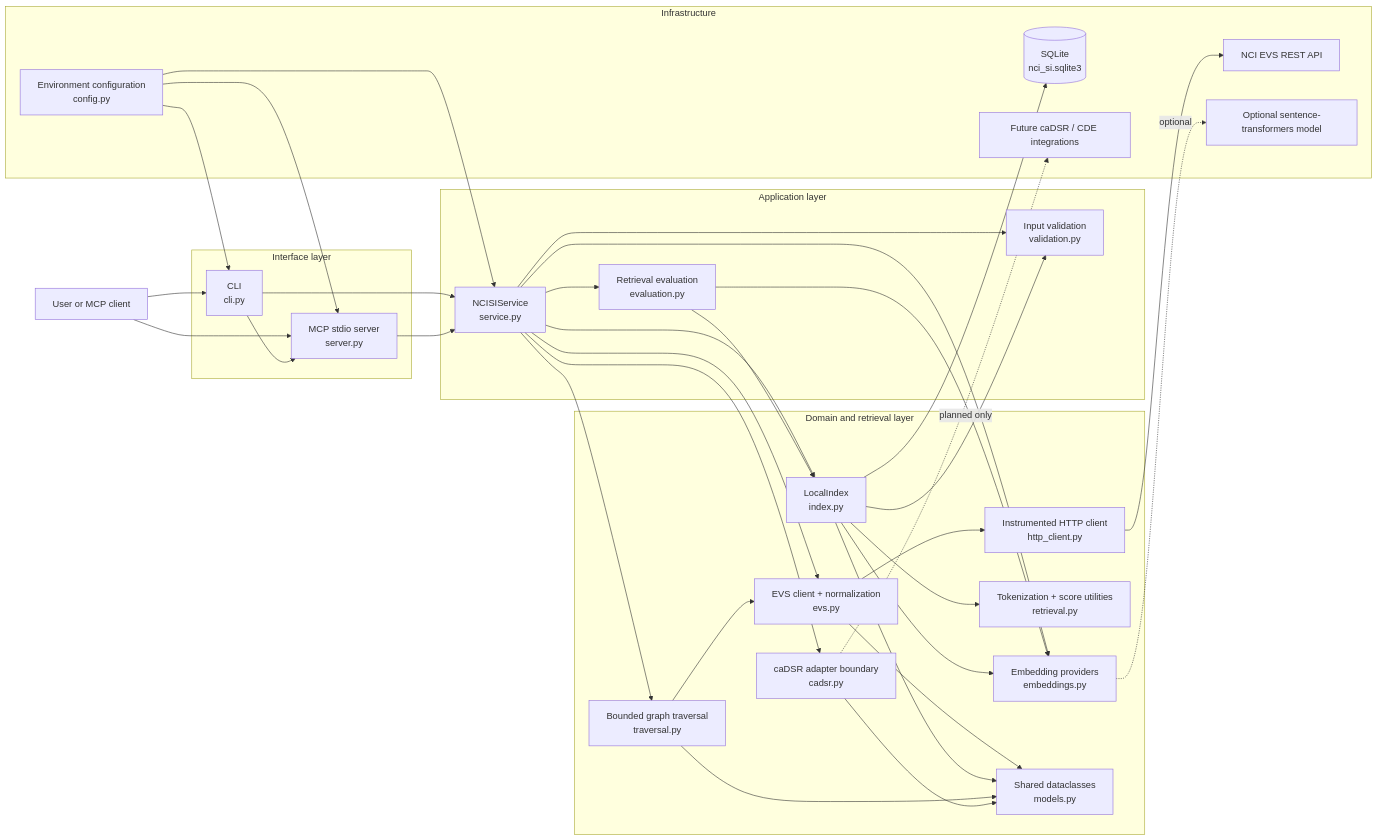
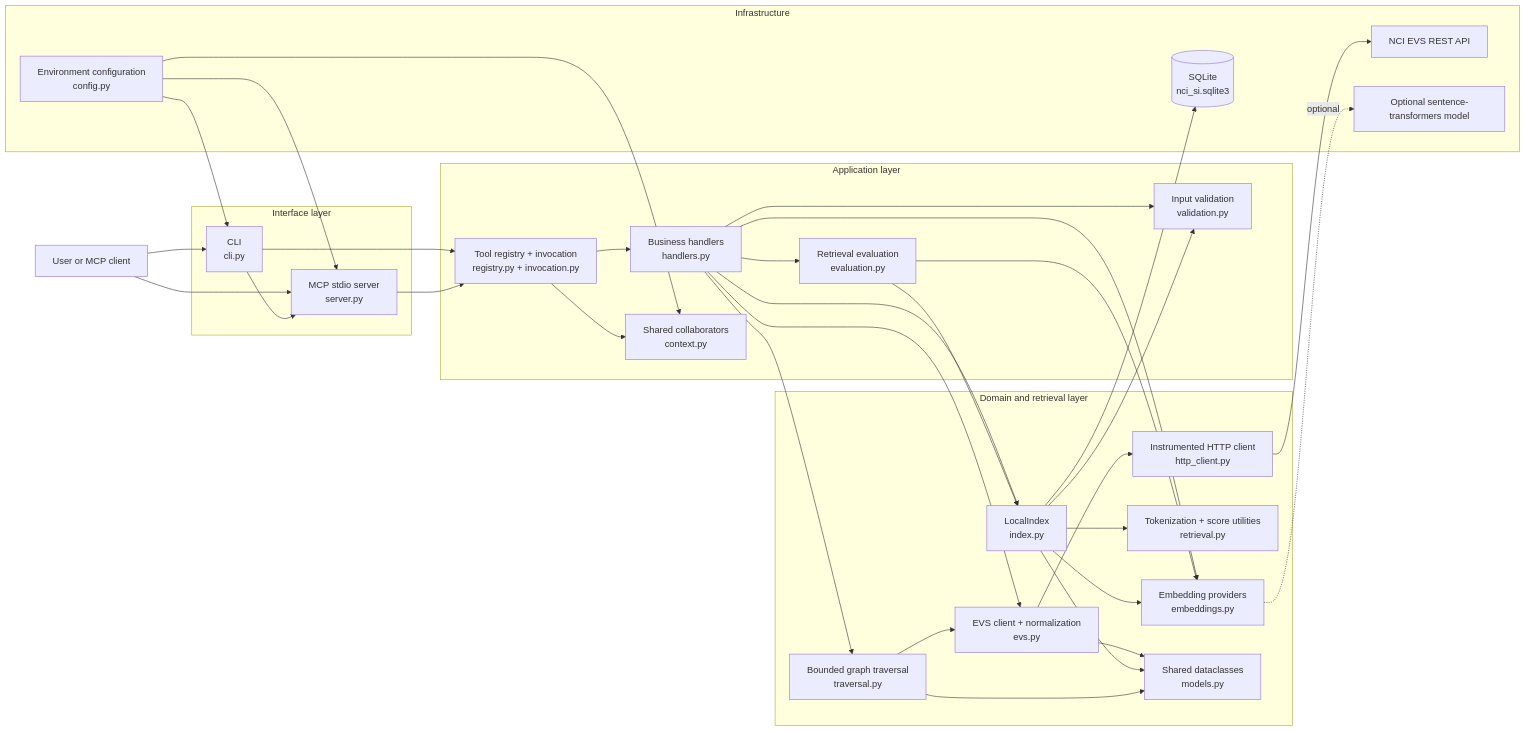
One commit to CBIIT/nci-si-mcp changed the first of 2 diagrams in ARCHITECTURE.md. Above: the diagram before and after it, drawn with Mermaid. The commit also changed other lines of this file and 68 other files, not shown here.

Commit message:
feat(evs)!: expose specification tools on the shared platform

````diff
--- a/ARCHITECTURE.md
+++ b/ARCHITECTURE.md
@@ -9,68 +9,67 @@
 ```mermaid
 flowchart LR
     User["User or MCP client"]
 
     subgraph Interfaces["Interface layer"]
         CLI["CLI<br/>cli.py"]
         MCP["MCP stdio server<br/>server.py"]
     end
 
     subgraph Application["Application layer"]
-        Service["NCISIService<br/>service.py"]
+        Registry["Tool registry + invocation<br/>registry.py + invocation.py"]
+        Handlers["Business handlers<br/>handlers.py"]
+        Context["Shared collaborators<br/>context.py"]
         Validation["Input validation<br/>validation.py"]
         Eval["Retrieval evaluation<br/>evaluation.py"]
     end
 
     subgraph Domain["Domain and retrieval layer"]
         EVS["EVS client + normalization<br/>evs.py"]
         Http["Instrumented HTTP client<br/>http_client.py"]
         Index["LocalIndex<br/>index.py"]
         Retrieval["Tokenization + score utilities<br/>retrieval.py"]
         Embeddings["Embedding providers<br/>embeddings.py"]
         Traversal["Bounded graph traversal<br/>traversal.py"]
-        Cadsr["caDSR adapter boundary<br/>cadsr.py"]
         Models["Shared dataclasses<br/>models.py"]
     end
 
     subgraph Infrastructure["Infrastructure"]
         EVSAPI["NCI EVS REST API"]
         SQLite[("SQLite<br/>nci_si.sqlite3")]
         ST["Optional sentence-transformers model"]
-        FutureCadsr["Future caDSR / CDE integrations"]
         Env["Environment configuration<br/>config.py"]
     end
 
     User --> CLI
     User --> MCP
-    CLI --> Service
+    CLI --> Registry
     CLI --> MCP
-    MCP --> Service
+    MCP --> Registry
 
     Env --> CLI
     Env --> MCP
-    Service --> Validation
-    Service --> EVS
-    Service --> Index
-    Service --> Traversal
-    Service --> Cadsr
-    Service --> Embeddings
-    Service --> Eval
-    Env --> Service
+    Handlers --> Validation
+    Handlers --> EVS
+    Handlers --> Index
+    Handlers --> Traversal
+    Handlers --> Embeddings
+    Handlers --> Eval
+    Env --> Context
+    Registry --> Handlers
+    Registry --> Context
     Eval --> Index
     Eval --> Embeddings
     Index --> Validation
 
     EVS --> Http
     Http --> EVSAPI
     Traversal --> EVS
     Index --> Retrieval
     Index --> Embeddings
     Index --> SQLite
     Embeddings -. "optional" .-> ST
-    Cadsr -. "planned only" .-> FutureCadsr
 
     EVS --> Models
     Index --> Models
     Traversal --> Models
-    Cadsr --> Models
 ```
````
